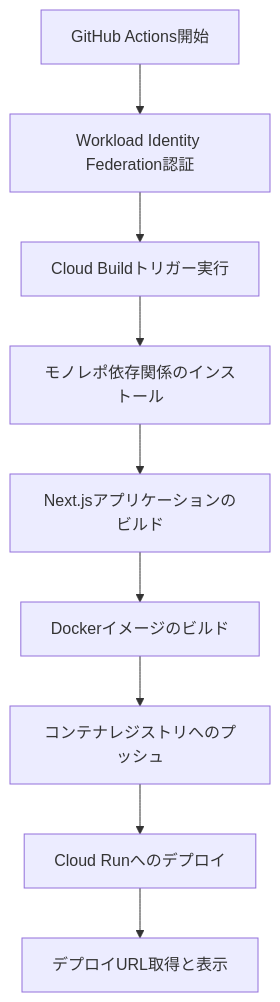
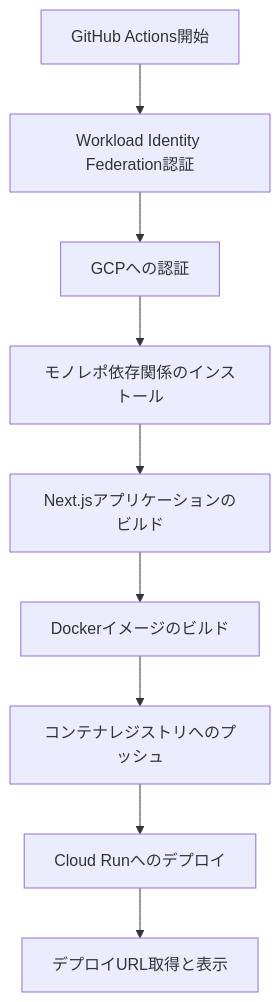
One commit to nothink-jp/suzumina.click changed the diagram in docs/DEPLOYMENT.md. Above: the diagram before and after it, drawn with Mermaid. The commit also changed other lines of this file and 28 other files, not shown here.

````diff
--- a/docs/DEPLOYMENT.md
+++ b/docs/DEPLOYMENT.md
@@ -25,11 +56,11 @@
 ```mermaid
 graph TD
     A[GitHub Actions開始] --> B[Workload Identity Federation認証]
-    B --> C[Cloud Buildトリガー実行]
+    B --> C[GCPへの認証]
     C --> D[モノレポ依存関係のインストール]
     D --> E[Next.jsアプリケーションのビルド]
     E --> F[Dockerイメージのビルド]
     F --> G[コンテナレジストリへのプッシュ]
     G --> H[Cloud Runへのデプロイ]
     H --> I[デプロイURL取得と表示]
 ```
````
